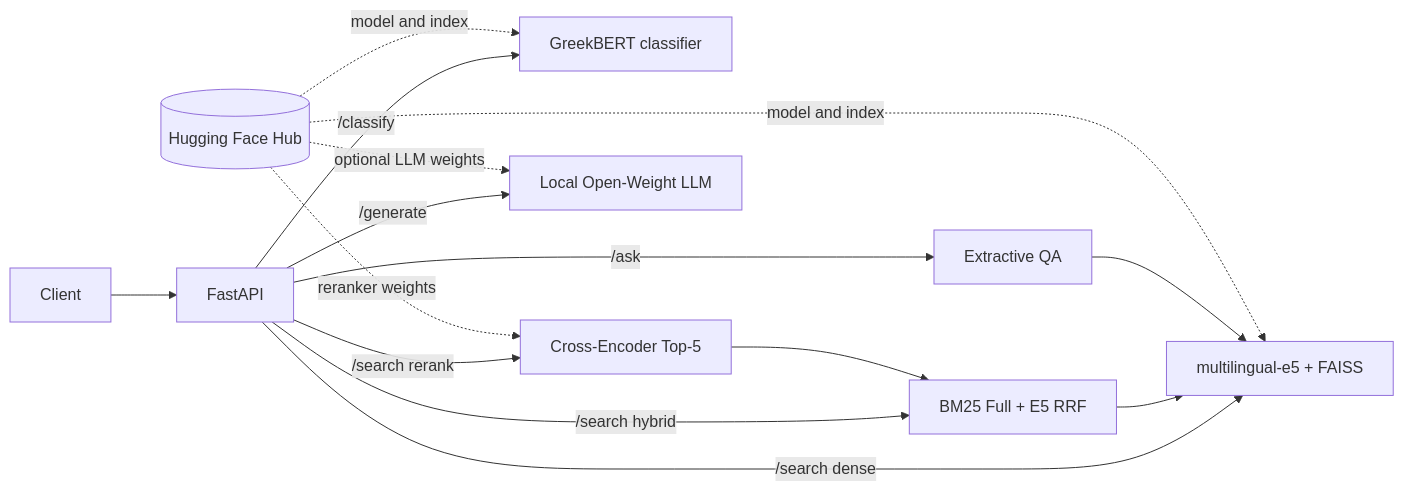
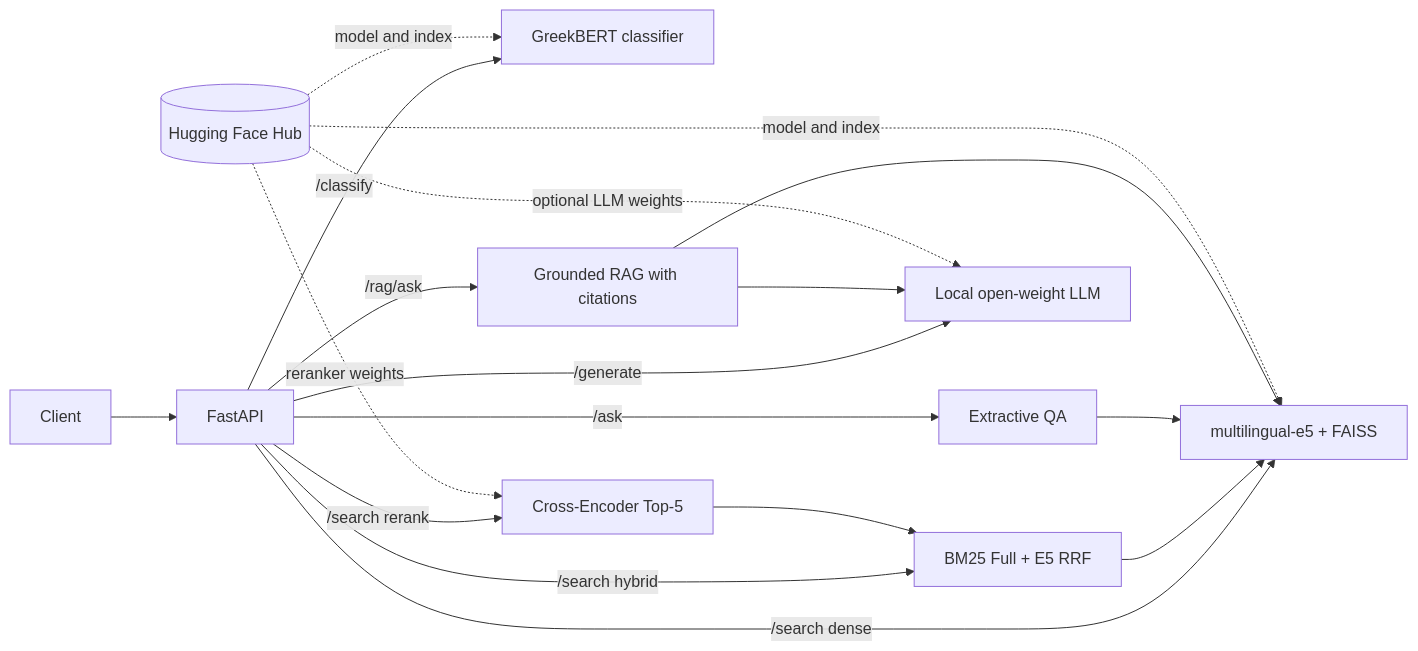
One commit to P-Tilemachos/Greek-News-NLP-API changed the diagram in README.md. Above: the diagram before and after it, drawn with Mermaid. The commit also changed other lines of this file, not shown here.

````diff
--- a/README.md
+++ b/README.md
@@ -9,17 +20,20 @@
 ```mermaid
 flowchart LR
     Client --> API[FastAPI]
     API -->|/classify| CLF[GreekBERT classifier]
     API -->|/search dense| RET[multilingual-e5 + FAISS]
     API -->|/search hybrid| HYB[BM25 Full + E5 RRF]
     API -->|/search rerank| CE[Cross-Encoder Top-5]
     CE --> HYB
     HYB --> RET
     API -->|/ask| QA[Extractive QA]
-    API -->|/generate| LLM[Local Open-Weight LLM]
     QA --> RET
+    API -->|/generate| LLM[Local open-weight LLM]
+    API -->|/rag/ask| RAG[Grounded RAG with citations]
+    RAG --> RET
+    RAG --> LLM
     HUB[(Hugging Face Hub)] -. model and index .-> CLF
     HUB -. model and index .-> RET
     HUB -. reranker weights .-> CE
     HUB -. optional LLM weights .-> LLM
 ```
````
